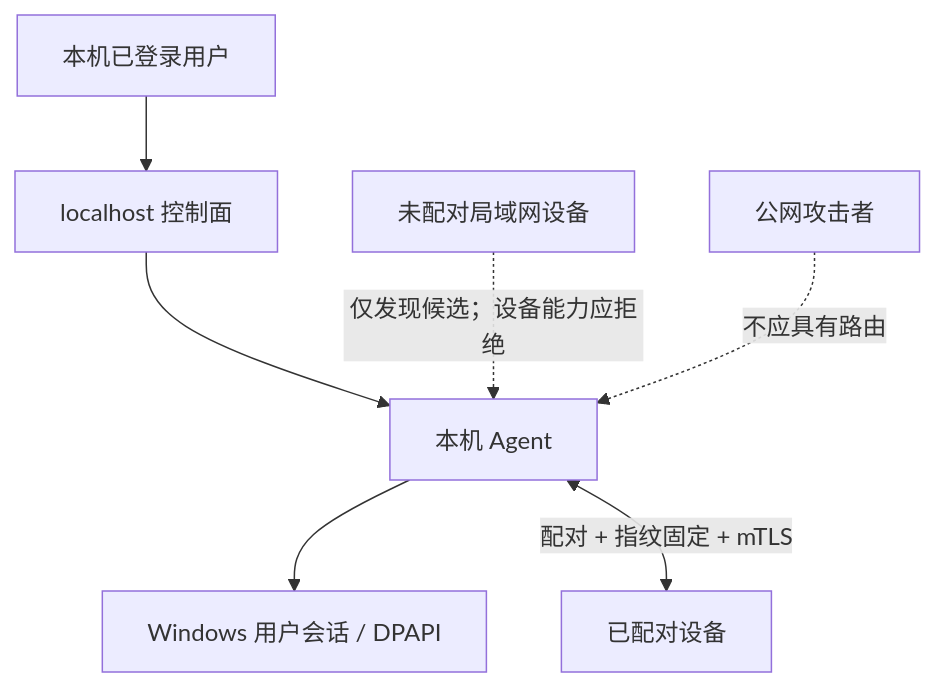
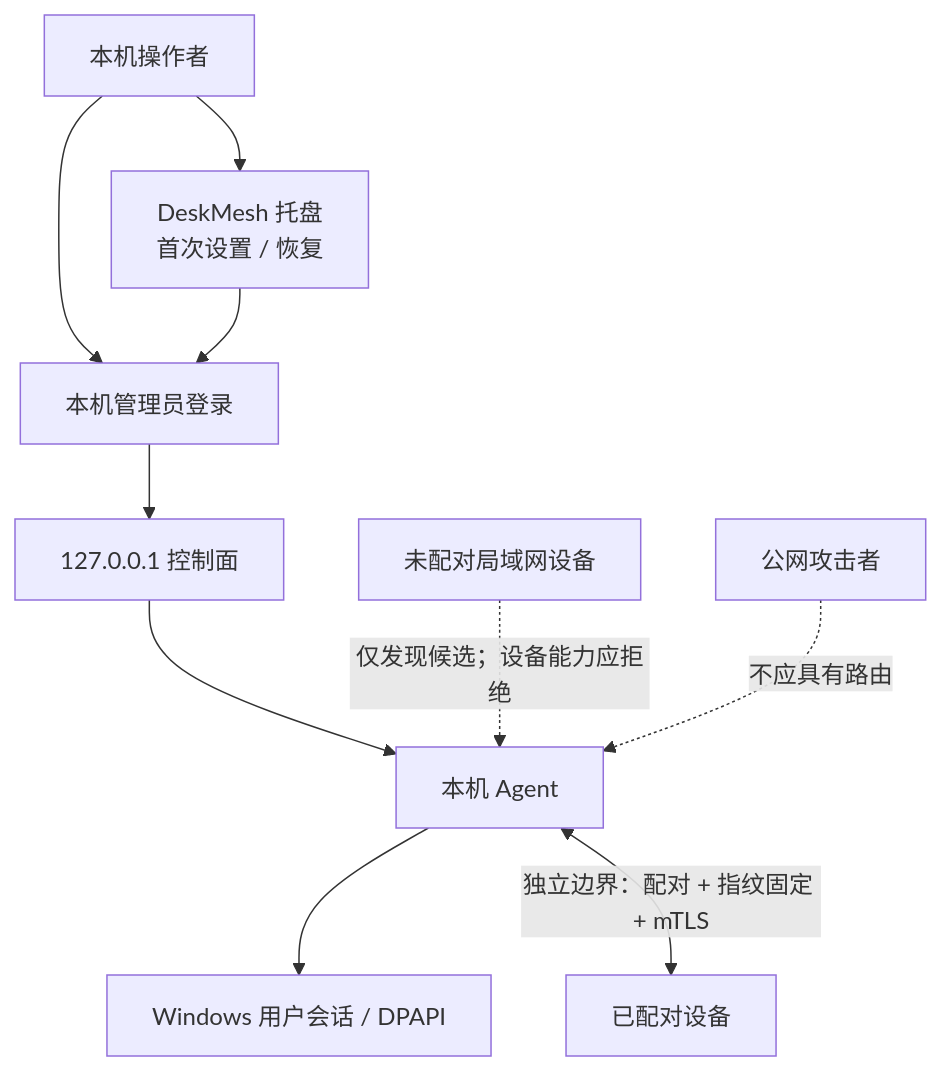
Before and after one commit to bz1121/DeskMesh: the diagram in docs/SECURITY-MODEL.md, drawn with Mermaid. The commit also changed other lines of this file and 20 other files, not shown here.

````diff
--- a/docs/SECURITY-MODEL.md
+++ b/docs/SECURITY-MODEL.md
@@ -15,9 +16,12 @@
 ```mermaid
 flowchart TB
-    User["本机已登录用户"] --> Loopback["localhost 控制面"]
+    User["本机操作者"] --> Tray["DeskMesh 托盘\n首次设置 / 恢复"]
+    User --> Login["本机管理员登录"]
+    Tray --> Login
+    Login --> Loopback["127.0.0.1 控制面"]
     Loopback --> Agent["本机 Agent"]
     Agent --> OS["Windows 用户会话 / DPAPI"]
-    Agent <-->|"配对 + 指纹固定 + mTLS"| TrustedPeer["已配对设备"]
+    Agent <-->|"独立边界：配对 + 指纹固定 + mTLS"| TrustedPeer["已配对设备"]
     Unpaired["未配对局域网设备"] -. "仅发现候选；设备能力应拒绝" .-> Agent
     Internet["公网攻击者"] -. "不应具有路由" .-> Agent
 ```
````
